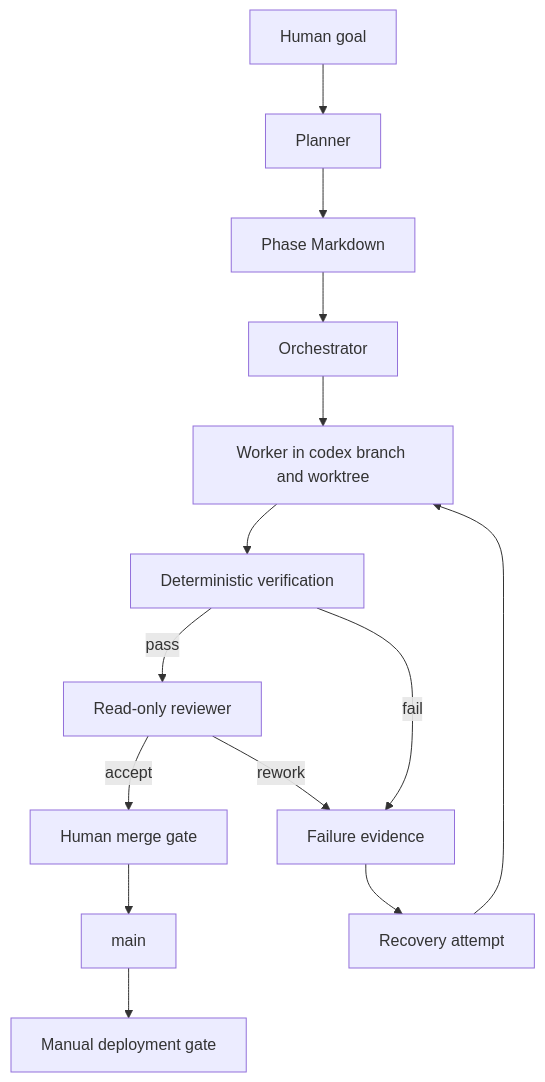
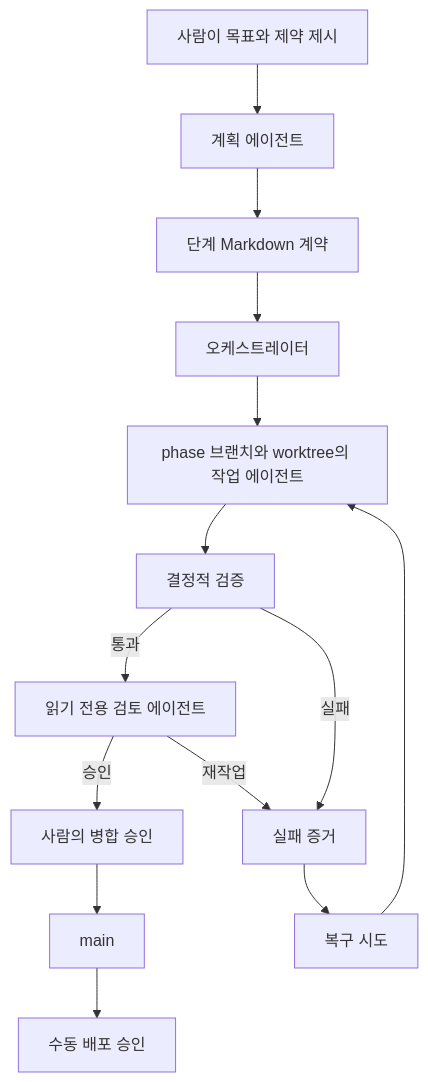
One commit to grapefruit0205/ai-agent-site-harness changed the diagram in docs/architecture/harness.md. Above: the diagram before and after it, drawn with Mermaid. The commit also changed other lines of this file and 34 other files, not shown here.

````diff
--- a/docs/architecture/harness.md
+++ b/docs/architecture/harness.md
@@ -3,16 +3,16 @@
 ```mermaid
 flowchart TD
-    H[Human goal] --> P[Planner]
-    P --> S[Phase Markdown]
-    S --> O[Orchestrator]
-    O --> W[Worker in codex branch and worktree]
-    W --> V[Deterministic verification]
-    V -->|pass| R[Read-only reviewer]
-    V -->|fail| E[Failure evidence]
-    R -->|accept| G[Human merge gate]
-    R -->|rework| E
-    E --> C[Recovery attempt]
+    H[사람이 목표와 제약 제시] --> P[계획 에이전트]
+    P --> S[단계 Markdown 계약]
+    S --> O[오케스트레이터]
+    O --> W[phase 브랜치와 worktree의 작업 에이전트]
+    W --> V[결정적 검증]
+    V -->|통과| R[읽기 전용 검토 에이전트]
+    V -->|실패| E[실패 증거]
+    R -->|승인| G[사람의 병합 승인]
+    R -->|재작업| E
+    E --> C[복구 시도]
     C --> W
     G --> M[main]
-    M --> D[Manual deployment gate]
+    M --> D[수동 배포 승인]
 ```
````
